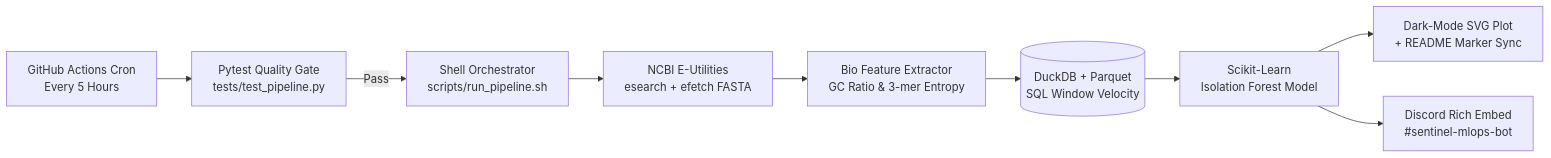
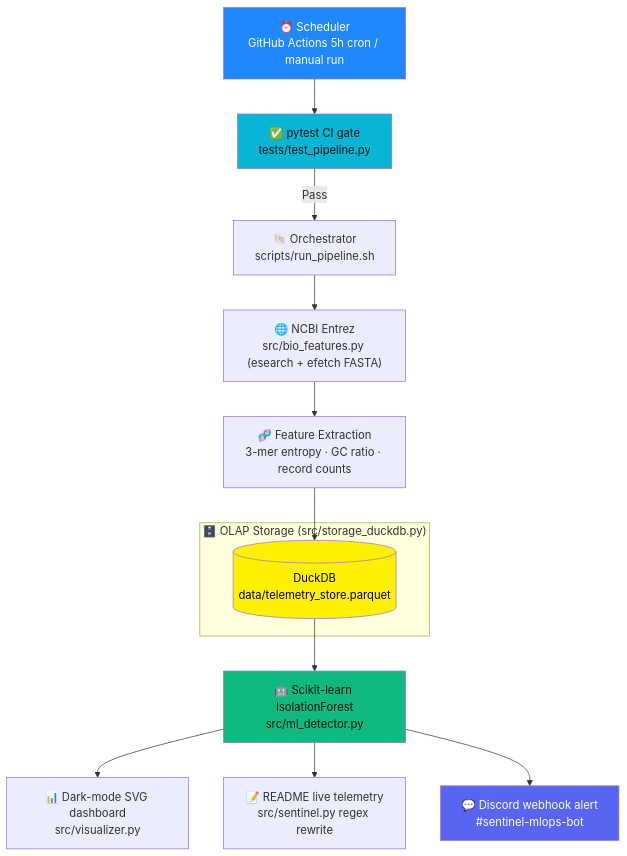
The diagram in README.md (AbdulRaffayQureshi/pathogen-drift-sentinel), drawn with Mermaid before and after one commit. The commit also changed other lines of this file and 4 other files, not shown here.

Commit message:
🎨 docs(ui): add custom SVG banner and integrate full biological & MLOps documentation

````diff
--- a/README.md
+++ b/README.md
@@ -44,11 +145,23 @@
 ```mermaid
-flowchart LR
-    A[GitHub Actions Cron<br/>Every 5 Hours] --> B[Pytest Quality Gate<br/>tests/test_pipeline.py]
-    B -->|Pass| C[Shell Orchestrator<br/>scripts/run_pipeline.sh]
-    C --> D[NCBI E-Utilities<br/>esearch + efetch FASTA]
-    D --> E[Bio Feature Extractor<br/>GC Ratio & 3-mer Entropy]
-    E --> F[(DuckDB + Parquet<br/>SQL Window Velocity)]
-    F --> G[Scikit-Learn<br/>Isolation Forest Model]
-    G --> H[Dark-Mode SVG Plot<br/>+ README Marker Sync]
-    G --> I[Discord Rich Embed<br/>#sentinel-mlops-bot]
+flowchart TD
+    A["⏰ Scheduler<br/>GitHub Actions 5h cron / manual run"] --> T["✅ pytest CI gate<br/>tests/test_pipeline.py"]
+    T -->|"Pass"| B["🐚 Orchestrator<br/>scripts/run_pipeline.sh"]
+    B --> C["🌐 NCBI Entrez<br/>src/bio_features.py (esearch + efetch FASTA)"]
+    C --> D["🧬 Feature Extraction<br/>3-mer entropy · GC ratio · record counts"]
+
+    subgraph STORE["🗄️ OLAP Storage (src/storage_duckdb.py)"]
+        E[("DuckDB<br/>data/telemetry_store.parquet")]
+    end
+
+    D --> E
+    E --> F["🤖 Scikit-learn IsolationForest<br/>src/ml_detector.py"]
+    F --> G["📊 Dark-mode SVG dashboard<br/>src/visualizer.py"]
+    F --> H["📝 README live telemetry<br/>src/sentinel.py regex rewrite"]
+    F --> I["💬 Discord webhook alert<br/>#sentinel-mlops-bot"]
+
+    style A fill:#2088FF,color:#fff
+    style E fill:#FFF000,color:#000
+    style F fill:#10B981,color:#04130d
+    style I fill:#5865F2,color:#fff
+    style T fill:#06B6D4,color:#04130d
 ```
````
